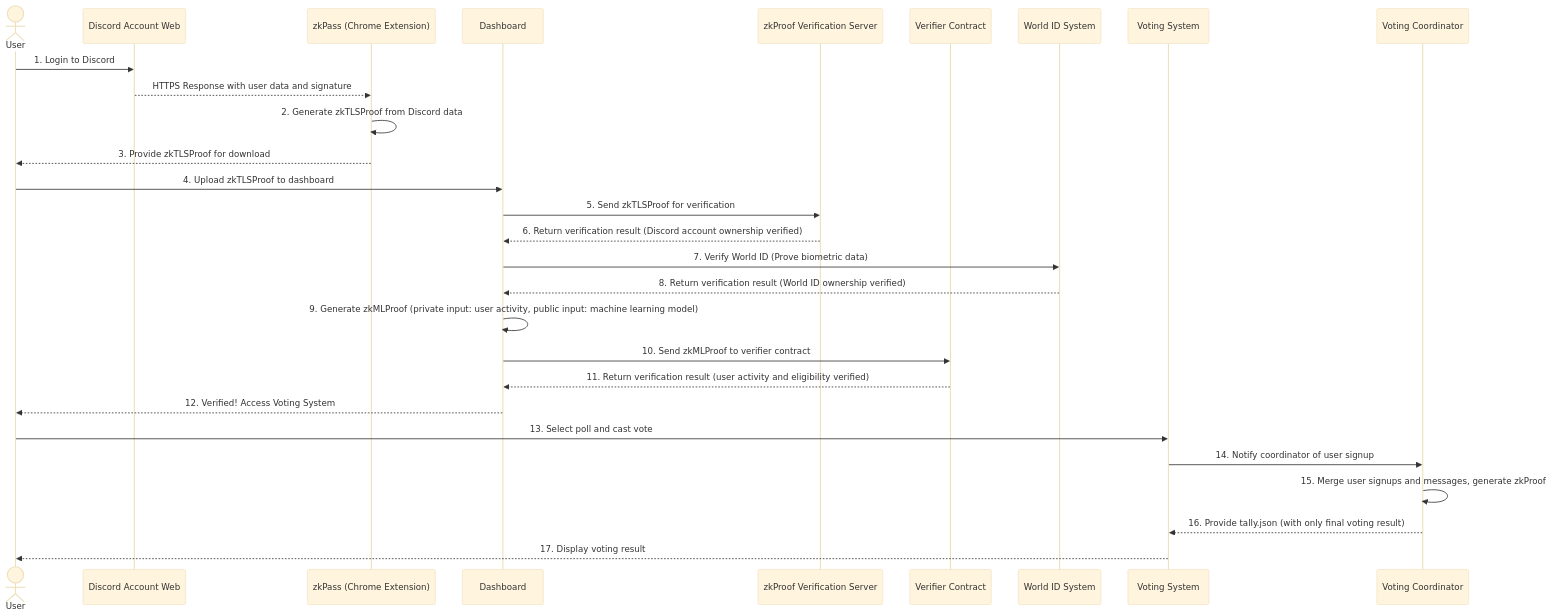
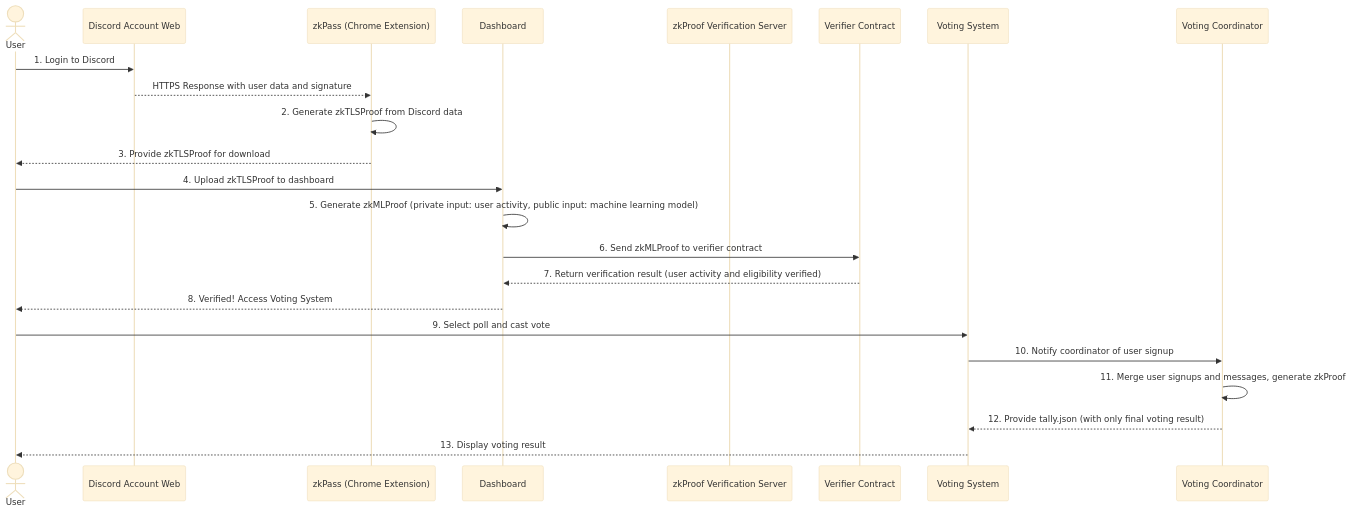
One commit to wasabijiro/ChillVille changed the diagram in README.md. Above: the diagram before and after it, drawn with Mermaid (base theme). The commit also changed other lines of this file, not shown here.

````diff
--- a/README.md
+++ b/README.md
@@ -34,31 +30,26 @@
 ```mermaid
   sequenceDiagram
     actor User
     participant Discord as Discord Account Web
     participant zkPassExt as zkPass (Chrome Extension)
     participant Dashboard as Dashboard
     participant zkServer as zkProof Verification Server
     participant Verifier as Verifier Contract
-    participant WorldID as World ID System
     participant VotingSystem as Voting System
     participant Coordinator as Voting Coordinator
 
     User->>Discord: 1. Login to Discord
     Discord-->>zkPassExt: HTTPS Response with user data and signature
     zkPassExt->>zkPassExt: 2. Generate zkTLSProof from Discord data
     zkPassExt-->>User: 3. Provide zkTLSProof for download
     User->>Dashboard: 4. Upload zkTLSProof to dashboard
-    Dashboard->>zkServer: 5. Send zkTLSProof for verification
-    zkServer-->>Dashboard: 6. Return verification result (Discord account ownership verified)
-    Dashboard->>WorldID: 7. Verify World ID (Prove biometric data)
-    WorldID-->>Dashboard: 8. Return verification result (World ID ownership verified)
-    Dashboard->>Dashboard: 9. Generate zkMLProof (private input: user activity, public input: machine learning model)
-    Dashboard->>Verifier: 10. Send zkMLProof to verifier contract
-    Verifier-->>Dashboard: 11. Return verification result (user activity and eligibility verified)
-    Dashboard-->>User: 12. Verified! Access Voting System
-    User->>VotingSystem: 13. Select poll and cast vote
-    VotingSystem->>Coordinator: 14. Notify coordinator of user signup
-    Coordinator->>Coordinator: 15. Merge user signups and messages, generate zkProof
-    Coordinator-->>VotingSystem: 16. Provide tally.json (with only final voting result)
-    VotingSystem-->>User: 17. Display voting result
+    Dashboard->>Dashboard: 5. Generate zkMLProof (private input: user activity, public input: machine learning model)
+    Dashboard->>Verifier: 6. Send zkMLProof to verifier contract
+    Verifier-->>Dashboard: 7. Return verification result (user activity and eligibility verified)
+    Dashboard-->>User: 8. Verified! Access Voting System
+    User->>VotingSystem: 9. Select poll and cast vote
+    VotingSystem->>Coordinator: 10. Notify coordinator of user signup
+    Coordinator->>Coordinator: 11. Merge user signups and messages, generate zkProof
+    Coordinator-->>VotingSystem: 12. Provide tally.json (with only final voting result)
+    VotingSystem-->>User: 13. Display voting result
 ```
````
